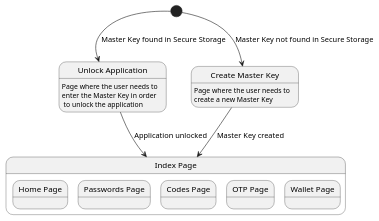
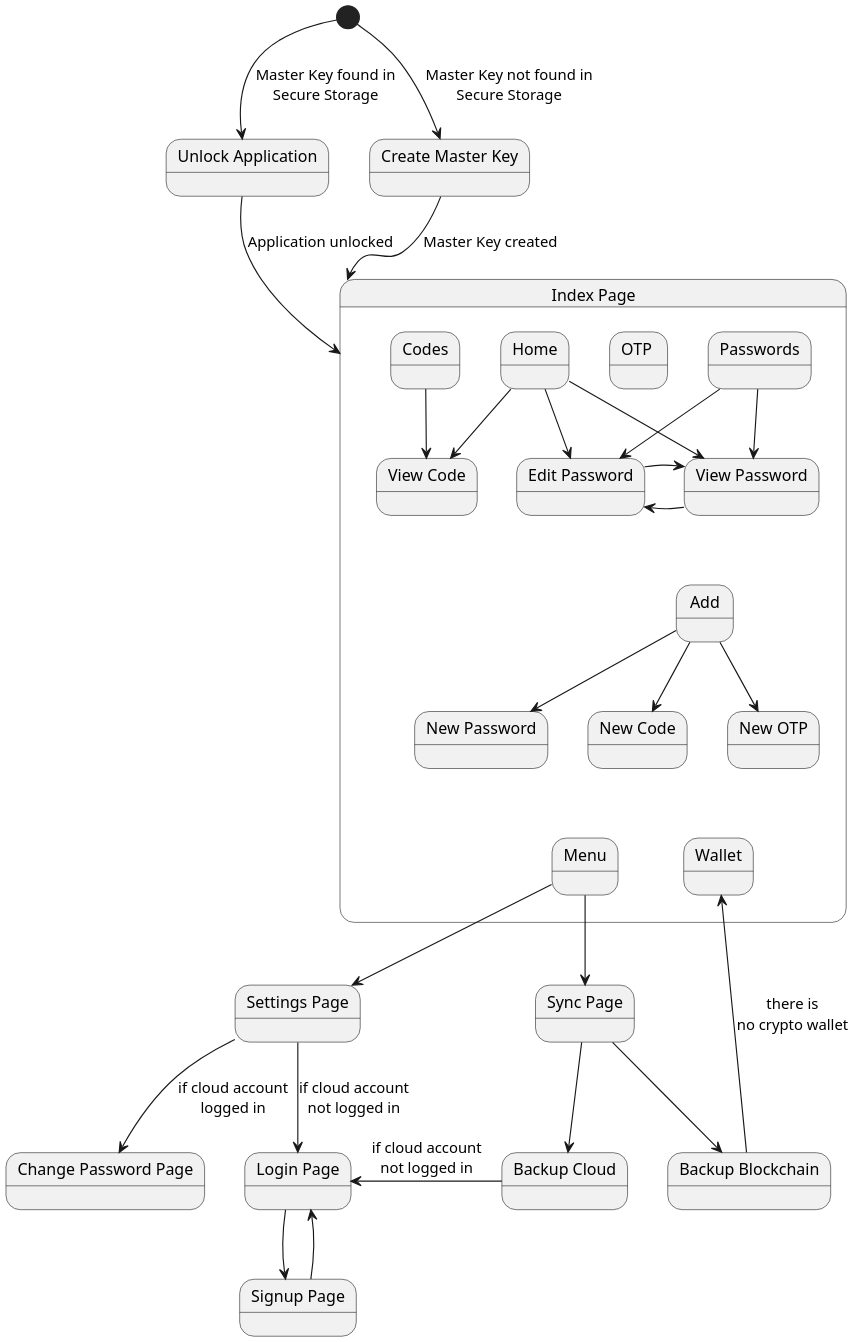
The diagram in docs/diagrams/state/flow.pu (dvpv/walman), drawn with PlantUML before and after one commit. The commit also changed 6 other files, not shown here.

```diff
--- a/docs/diagrams/state/flow.pu
+++ b/docs/diagrams/state/flow.pu
@@ -1,23 +1,65 @@
 @startuml flow
 
 skinparam DefaultTextAlignment center
 
-state "Unlock Application" as unlock : Page where the user needs to\nenter the Master Key in order\n to unlock the application
-state "Create Master Key" as createMK : Page where the user needs to\ncreate a new Master Key
+scale 2
+
+state "Unlock Application" as unlock
+state "Create Master Key" as createMK
 
 state "Index Page" as index {
-    state "Home Page" as home
-    state "Passwords Page" as passwords
-    state "Codes Page" as codes
-    state "OTP Page" as OTP
-    state "Wallet Page" as Wallet
-    state "OTP Page" as OTP
+    state "OTP " as otp
+    state "Home" as home
+    state "Passwords" as passwords
+    state "Codes" as codes
+    state "Wallet" as wallet
+    state "Add" as add
+    state "Menu" as menu
+    state "New Password" as newp
+    state "View Password" as viewp
+    state "Edit Password" as editp
+    state "New Code" as newc
+    state "View Code" as viewc
+    state "New OTP" as newo
+    passwords --> viewp
+    passwords --> editp
+    home --> viewp
+    home --> editp
+    codes --> viewc
+    home --> viewc
+    add --> newp
+    add --> newc
+    add --> newo
+    viewp -> editp
+    editp -> viewp
+    newc -[hidden]-> wallet
+    newc -[hidden]-> menu
+    otp -[hidden]> passwords
+    viewp -[hidden]-> add
 }
 
-[*] --> unlock : Master Key found in Secure Storage
-[*] --> createMK : Master Key not found in Secure Storage
+state "Sync Page" as sync
+state "Settings Page" as settings
+state "Login Page" as login
+state "Signup Page" as signup
+state "Change Password Page" as change
+state "Backup Cloud" as cbackup
+state "Backup Blockchain" as bbackup
+
+[*] --> unlock : Master Key found in\nSecure Storage
+[*] --> createMK : Master Key not found in\nSecure Storage
 unlock --> index : Application unlocked
 createMK --> index : Master Key created
-
+menu --> sync
+menu --> settings
+settings --> change : if cloud account\nlogged in
+settings --> login : if cloud account\nnot logged in
+login --> signup
+signup --> login
+sync --> bbackup
+wallet <-- bbackup : there is\nno crypto wallet
+sync --> cbackup
+login <- cbackup : if cloud account\nnot logged in
+change -[hidden]> login
 
 @enduml
```
